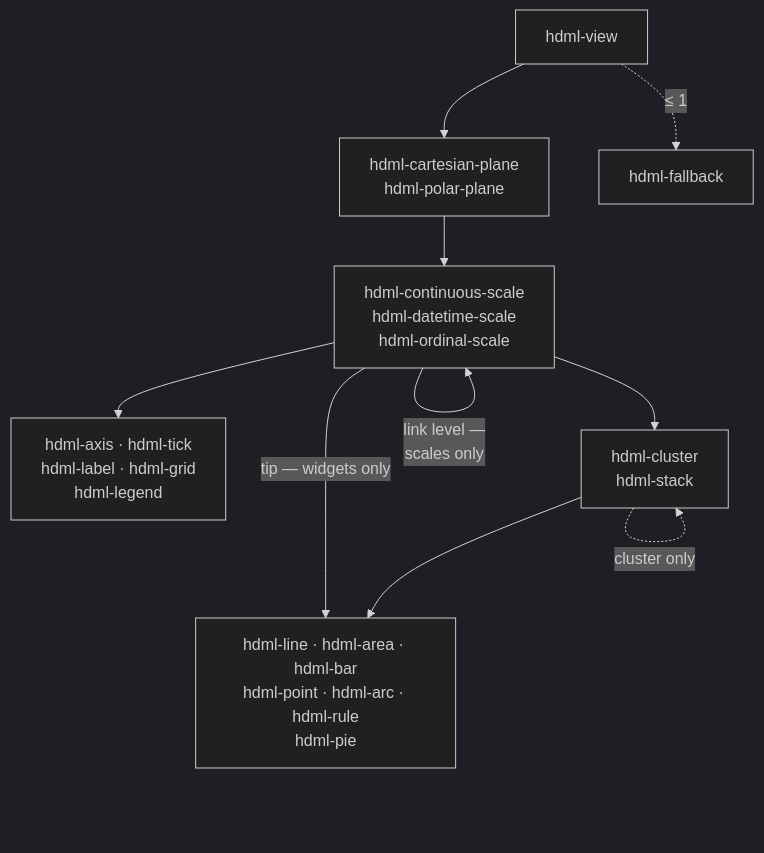
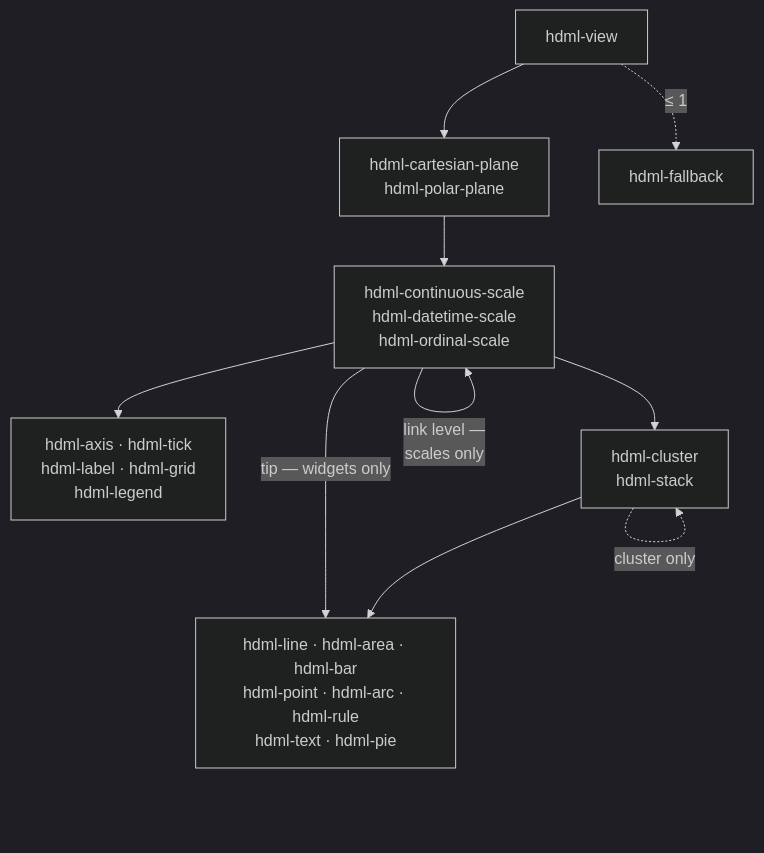
Before and after one commit to HDML-Foundation/HDML-Components: the second of 2 diagrams in docs/components.md, drawn with Mermaid (dark theme). The commit also changed other lines of this file and 31 other files, not shown here.

````diff
--- a/docs/components.md
+++ b/docs/components.md
@@ -52,12 +52,12 @@
 ```mermaid
 flowchart TD
   view[hdml-view] --> plane["hdml-cartesian-plane<br/>hdml-polar-plane"]
   view -.->|"≤ 1"| fb[hdml-fallback]
   plane --> scale["hdml-continuous-scale<br/>hdml-datetime-scale<br/>hdml-ordinal-scale"]
   scale -->|"link level —<br/>scales only"| scale
-  scale -->|"tip — widgets only"| mark["hdml-line · hdml-area · hdml-bar<br/>hdml-point · hdml-arc · hdml-rule<br/>hdml-pie"]
+  scale -->|"tip — widgets only"| mark["hdml-line · hdml-area · hdml-bar<br/>hdml-point · hdml-arc · hdml-rule<br/>hdml-text · hdml-pie"]
   scale --> guide["hdml-axis · hdml-tick<br/>hdml-label · hdml-grid<br/>hdml-legend"]
   scale --> ctr["hdml-cluster<br/>hdml-stack"]
   ctr --> mark
   ctr -.->|"cluster only"| ctr
 ```
````
